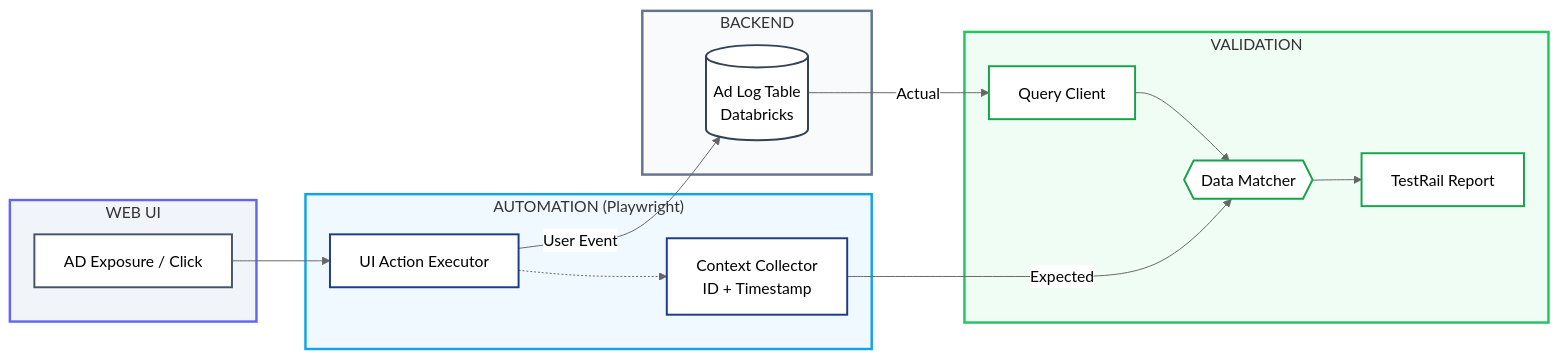
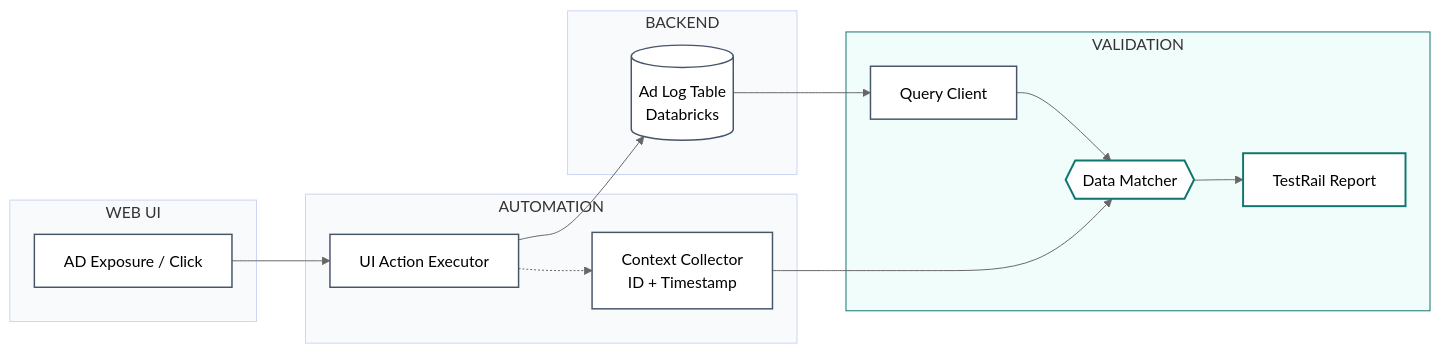
One commit to mrt1847-test/AD_dweb_regression changed the diagram in project_architecture.mmd. Above: the diagram before and after it, drawn with Mermaid (neutral theme).

```diff
--- a/project_architecture.mmd
+++ b/project_architecture.mmd
@@ -1,53 +1,46 @@
 graph LR
 
-    %% ===== Style Definitions (NODE ONLY) =====
-    %% 노드 내부를 흰색이나 밝은 톤으로 처리하여 가독성을 높였습니다.
-    classDef web fill:#ffffff,stroke:#475569,stroke-width:2px;
-    classDef auto fill:#ffffff,stroke:#1e3a8a,stroke-width:2px;
-    classDef db fill:#ffffff,stroke:#334155,stroke-width:2px;
-    classDef val fill:#ffffff,stroke:#16a34a,stroke-width:2px;
+    %% ===== Node Style =====
+    classDef base fill:#ffffff,stroke:#475569,stroke-width:1.5px;
+    classDef highlight fill:#ffffff,stroke:#0f766e,stroke-width:2px;
 
-    %% ===== Web Section =====
+    %% ===== Web =====
     subgraph WEB ["WEB UI"]
         A["AD Exposure / Click"]
     end
 
-    %% ===== Automation Section =====
-    subgraph AUTO ["AUTOMATION (Playwright)"]
+    %% ===== Automation =====
+    subgraph AUTO ["AUTOMATION"]
         B["UI Action Executor"]
         C["Context Collector\nID + Timestamp"]
         B -.-> C
     end
 
-    %% ===== Backend Section =====
+    %% ===== Backend =====
     subgraph BACKEND ["BACKEND"]
         D[("Ad Log Table\nDatabricks")]
     end
 
-    %% ===== Validation Section =====
+    %% ===== Validation =====
     subgraph VAL ["VALIDATION"]
         E["Query Client"]
         F{{"Data Matcher"}}
         G["TestRail Report"]
-        E --> F
-        F --> G
+        E --> F --> G
     end
 
     %% ===== Flow =====
     A --> B
-    B -- "User Event" --> D
-    C -- "Expected" --> F
-    D -- "Actual" --> E
+    B --> D
+    C --> F
+    D --> E
 
-    %% ===== Apply Subgraph Area Styles (색상 변경 지점) =====
-    %% WEB: 연한 보라/그레이, AUTO: 연한 블루, BACKEND: 차분한 그레이, VAL: 연한 민트
-    style WEB fill:#f1f5f9,stroke:#6366f1,stroke-width:2.5px
-    style AUTO fill:#f0f9ff,stroke:#0ea5e9,stroke-width:2.5px
-    style BACKEND fill:#f8fafc,stroke:#64748b,stroke-width:2.5px
-    style VAL fill:#f0fdf4,stroke:#22c55e,stroke-width:2.5px
+    %% ===== Subgraph Style =====
+    style WEB fill:#f8fafc,stroke:#cbd5f5
+    style AUTO fill:#f8fafc,stroke:#cbd5f5
+    style BACKEND fill:#f8fafc,stroke:#cbd5f5
+    style VAL fill:#f0fdfa,stroke:#0f766e
 
-    %% ===== Apply Classes (노드 개별 스타일) =====
-    class A web
-    class B,C auto
-    class D db
-    class E,F,G val
+    %% ===== Apply Classes =====
+    class A,B,C,D,E base
+    class F,G highlight
```
